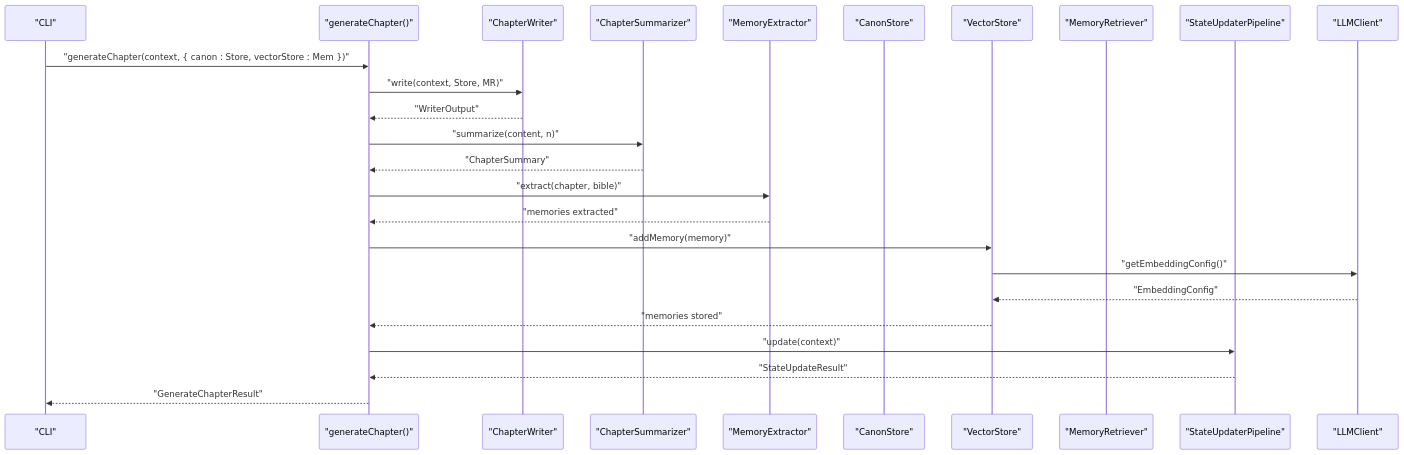
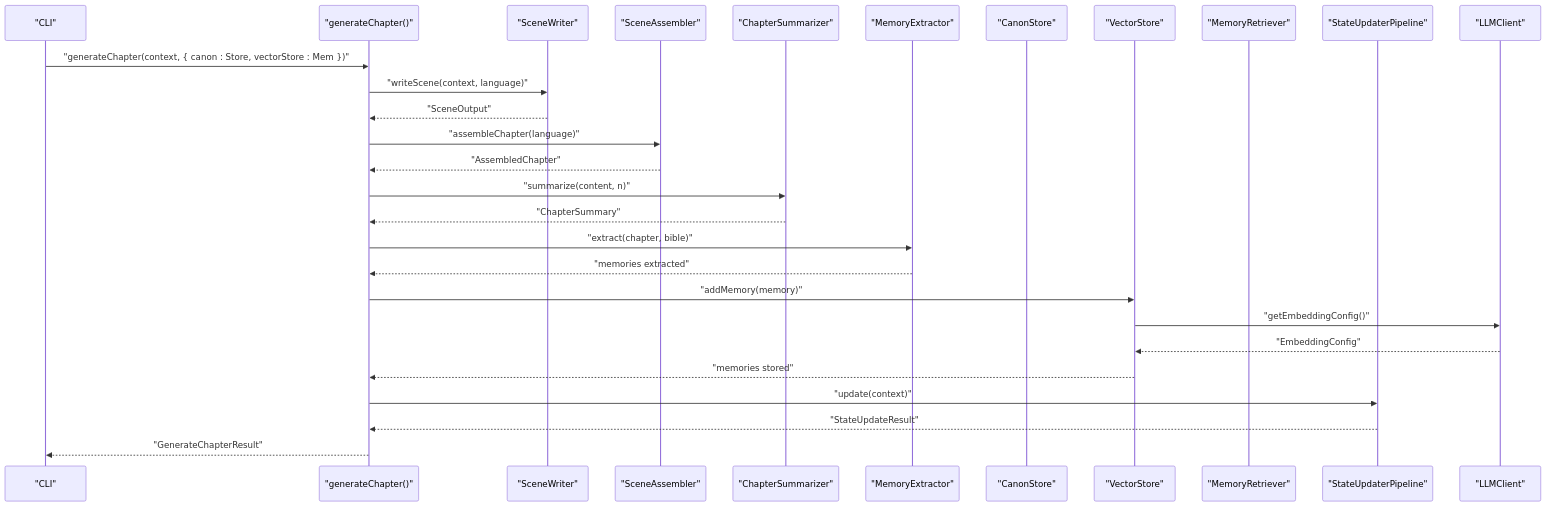
One commit to liwonder/NARRITIVE_OS changed diagram 15 of 17 in .qoder/repowiki/en/content/Memory Management System/Memory Management System.md. Above: the diagram before and after it, drawn with Mermaid. The commit also changed other lines of this file and 22 other files, not shown here.

First line of the commit message:
Add enhanced scene docs; update engine agents

````diff
--- a/.qoder/repowiki/en/content/Memory Management System/Memory Management System.md
+++ b/.qoder/repowiki/en/content/Memory Management System/Memory Management System.md
@@ -610,27 +742,30 @@
 ```mermaid
 sequenceDiagram
 participant CLI as "CLI"
 participant Engine as "generateChapter()"
-participant Writer as "ChapterWriter"
+participant SW as "SceneWriter"
+participant SA as "SceneAssembler"
 participant Sum as "ChapterSummarizer"
 participant ME as "MemoryExtractor"
 participant Store as "CanonStore"
 participant Mem as "VectorStore"
 participant MR as "MemoryRetriever"
 participant StateUp as "StateUpdaterPipeline"
 participant LC as "LLMClient"
 CLI->>Engine : "generateChapter(context, { canon : Store, vectorStore : Mem })"
-Engine->>Writer : "write(context, Store, MR)"
-Writer-->>Engine : "WriterOutput"
+Engine->>SW : "writeScene(context, language)"
+SW-->>Engine : "SceneOutput"
+Engine->>SA : "assembleChapter(language)"
+SA-->>Engine : "AssembledChapter"
 Engine->>Sum : "summarize(content, n)"
 Sum-->>Engine : "ChapterSummary"
 Engine->>ME : "extract(chapter, bible)"
 ME-->>Engine : "memories extracted"
 Engine->>Mem : "addMemory(memory)"
 Mem->>LC : "getEmbeddingConfig()"
 LC-->>Mem : "EmbeddingConfig"
 Mem-->>Engine : "memories stored"
 Engine->>StateUp : "update(context)"
 StateUp-->>Engine : "StateUpdateResult"
 Engine-->>CLI : "GenerateChapterResult"
 ```
````
